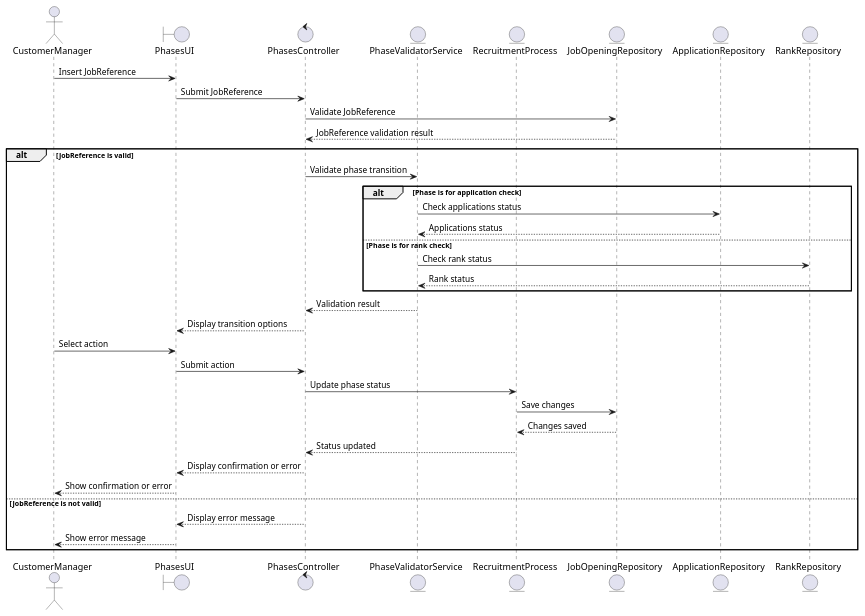
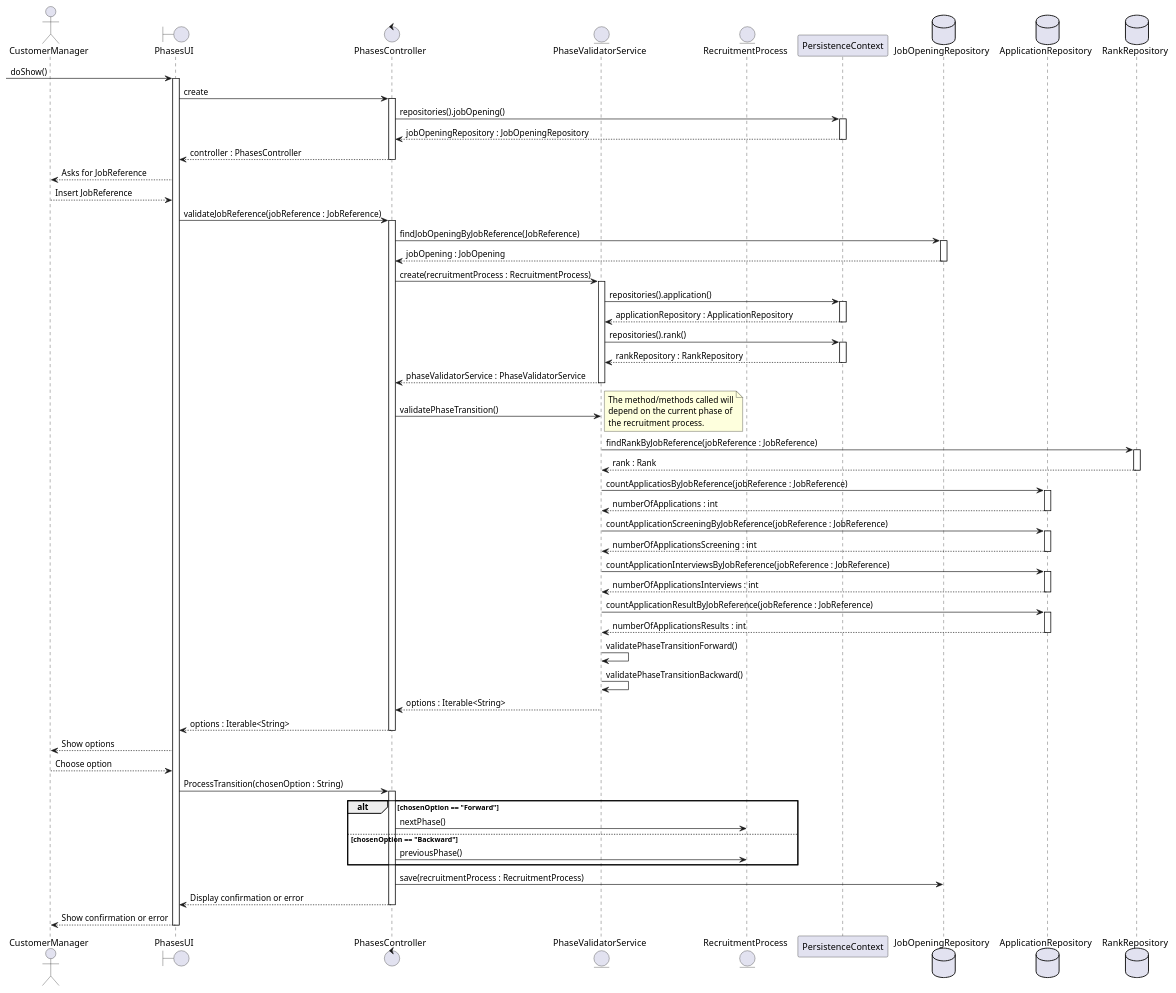
Before and after one commit to Mendoncaa/LAPR4: the diagram in docs/sprintC/US1010/03.design/puml/SD.puml, drawn with PlantUML. The commit also changed 5 other files, not shown here.

First line of the commit message:
#40 US1010 documentation and diagrams update

```diff
--- a/docs/sprintC/US1010/03.design/puml/SD.puml
+++ b/docs/sprintC/US1010/03.design/puml/SD.puml
@@ -1,41 +1,88 @@
 @startuml
 actor CustomerManager
 boundary PhasesUI
 control PhasesController
 entity PhaseValidatorService
 entity RecruitmentProcess
-entity JobOpeningRepository
-entity ApplicationRepository
-entity RankRepository
+participant PersistenceContext
+database JobOpeningRepository
+database ApplicationRepository
+database RankRepository
 
-CustomerManager -> PhasesUI: Insert JobReference
-PhasesUI -> PhasesController: Submit JobReference
-PhasesController -> JobOpeningRepository: Validate JobReference
-JobOpeningRepository --> PhasesController: JobReference validation result
+-> PhasesUI: doShow()
+activate PhasesUI
+PhasesUI -> PhasesController : create
+activate PhasesController
+PhasesController -> PersistenceContext : repositories().jobOpening()
+activate PersistenceContext
+PersistenceContext --> PhasesController : jobOpeningRepository : JobOpeningRepository
+deactivate PersistenceContext
+PhasesController --> PhasesUI : controller : PhasesController
+deactivate PhasesController
+PhasesUI --> CustomerManager: Asks for JobReference
+CustomerManager --> PhasesUI: Insert JobReference
+PhasesUI -> PhasesController: validateJobReference(jobReference : JobReference)
+activate PhasesController
+PhasesController -> JobOpeningRepository: findJobOpeningByJobReference(JobReference)
+activate JobOpeningRepository
+JobOpeningRepository --> PhasesController: jobOpening : JobOpening
+deactivate JobOpeningRepository
+PhasesController -> PhaseValidatorService : create(recruitmentProcess : RecruitmentProcess)
+activate PhaseValidatorService
+PhaseValidatorService -> PersistenceContext : repositories().application()
+activate PersistenceContext
+PersistenceContext --> PhaseValidatorService : applicationRepository : ApplicationRepository
+deactivate PersistenceContext
+PhaseValidatorService -> PersistenceContext : repositories().rank()
+activate PersistenceContext
+PersistenceContext --> PhaseValidatorService : rankRepository : RankRepository
+deactivate PersistenceContext
+PhaseValidatorService --> PhasesController: phaseValidatorService : PhaseValidatorService
+deactivate PhaseValidatorService
+PhasesController -> PhaseValidatorService: validatePhaseTransition()
+note right
+The method/methods called will
+depend on the current phase of
+the recruitment process.
+end note
+PhaseValidatorService -> RankRepository : findRankByJobReference(jobReference : JobReference)
+activate RankRepository
+RankRepository --> PhaseValidatorService: rank : Rank
+deactivate RankRepository
+PhaseValidatorService -> ApplicationRepository : countApplicatiosByJobReference(jobReference : JobReference)
+activate ApplicationRepository
+ApplicationRepository --> PhaseValidatorService: numberOfApplications : int
+deactivate ApplicationRepository
+PhaseValidatorService -> ApplicationRepository : countApplicationScreeningByJobReference(jobReference : JobReference)
+activate ApplicationRepository
+ApplicationRepository --> PhaseValidatorService: numberOfApplicationsScreening : int
+deactivate ApplicationRepository
+PhaseValidatorService -> ApplicationRepository : countApplicationInterviewsByJobReference(jobReference : JobReference)
+activate ApplicationRepository
+ApplicationRepository --> PhaseValidatorService: numberOfApplicationsInterviews : int
+deactivate ApplicationRepository
+PhaseValidatorService -> ApplicationRepository : countApplicationResultByJobReference(jobReference : JobReference)
+activate ApplicationRepository
+ApplicationRepository --> PhaseValidatorService: numberOfApplicationsResults : int
+deactivate ApplicationRepository
+PhaseValidatorService -> PhaseValidatorService : validatePhaseTransitionForward()
+PhaseValidatorService -> PhaseValidatorService : validatePhaseTransitionBackward()
+PhaseValidatorService --> PhasesController: options : Iterable<String>
+PhasesController --> PhasesUI: options : Iterable<String>
+deactivate PhasesController
+PhasesUI --> CustomerManager: Show options
+CustomerManager --> PhasesUI: Choose option
+PhasesUI -> PhasesController: ProcessTransition(chosenOption : String)
+activate PhasesController
+alt chosenOption == "Forward"
+PhasesController -> RecruitmentProcess: nextPhase()
+else chosenOption == "Backward"
+PhasesController -> RecruitmentProcess: previousPhase()
+end
+PhasesController -> JobOpeningRepository : save(recruitmentProcess : RecruitmentProcess)
 
-alt JobReference is valid
-    PhasesController -> PhaseValidatorService: Validate phase transition
-
-    alt Phase is for application check
-        PhaseValidatorService -> ApplicationRepository: Check applications status
-        ApplicationRepository --> PhaseValidatorService: Applications status
-    else Phase is for rank check
-        PhaseValidatorService -> RankRepository: Check rank status
-        RankRepository --> PhaseValidatorService: Rank status
-    end
-
-    PhaseValidatorService --> PhasesController: Validation result
-    PhasesController --> PhasesUI: Display transition options
-    CustomerManager -> PhasesUI: Select action
-    PhasesUI -> PhasesController: Submit action
-    PhasesController -> RecruitmentProcess: Update phase status
-    RecruitmentProcess -> JobOpeningRepository: Save changes
-    JobOpeningRepository --> RecruitmentProcess: Changes saved
-    RecruitmentProcess --> PhasesController: Status updated
-    PhasesController --> PhasesUI: Display confirmation or error
-    PhasesUI --> CustomerManager: Show confirmation or error
-else JobReference is not valid
-    PhasesController --> PhasesUI: Display error message
-    PhasesUI --> CustomerManager: Show error message
-end
+PhasesController --> PhasesUI: Display confirmation or error
+deactivate PhasesController
+PhasesUI --> CustomerManager: Show confirmation or error
+deactivate PhasesUI
 @enduml
```
